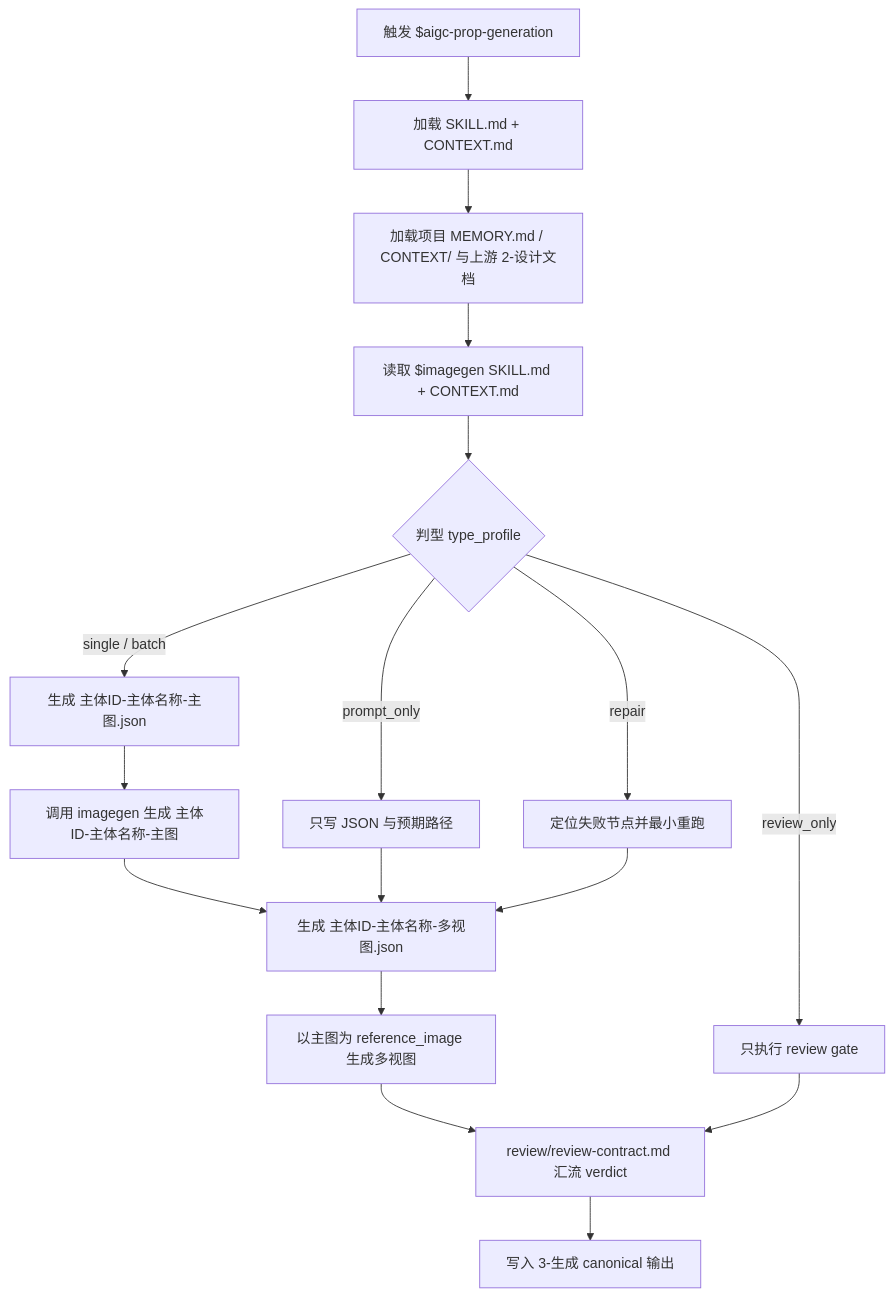
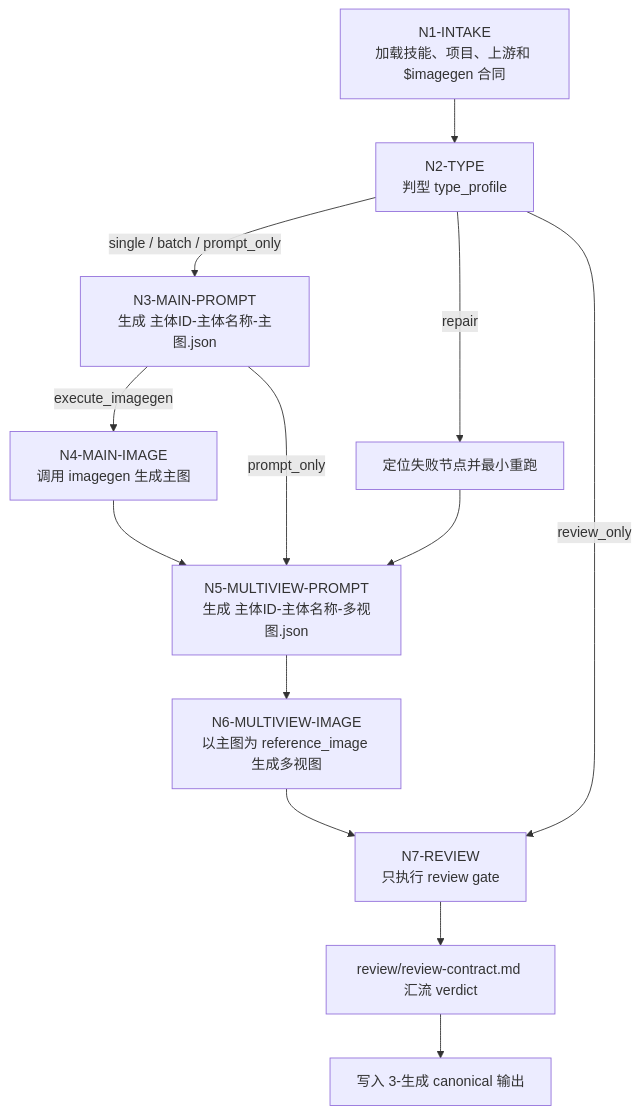
One commit to ZEN-VOID/AI-CUT changed the first of 2 diagrams in .agents/skills/aigc/5-设计/道具/3-生成/SKILL.md. Above: the diagram before and after it, drawn with Mermaid. The commit also changed other lines of this file and 41 other files, not shown here.

````diff
--- a/.agents/skills/aigc/5-设计/道具/3-生成/SKILL.md
+++ b/.agents/skills/aigc/5-设计/道具/3-生成/SKILL.md
@@ -85,19 +85,15 @@
 ```mermaid
 flowchart TD
-    A["触发 $aigc-prop-generation"] --> B["加载 SKILL.md + CONTEXT.md"]
-    B --> C["加载项目 MEMORY.md / CONTEXT/ 与上游 2-设计文档"]
-    C --> D["读取 $imagegen SKILL.md + CONTEXT.md"]
-    D --> E{"判型 type_profile"}
-    E -->|"single / batch"| F["生成 主体ID-主体名称-主图.json"]
-    E -->|"prompt_only"| G["只写 JSON 与预期路径"]
-    E -->|"repair"| H["定位失败节点并最小重跑"]
-    E -->|"review_only"| I["只执行 review gate"]
-    F --> J["调用 imagegen 生成 主体ID-主体名称-主图"]
-    J --> K["生成 主体ID-主体名称-多视图.json"]
-    G --> K
-    H --> K
-    K --> L["以主图为 reference_image 生成多视图"]
-    L --> M["review/review-contract.md 汇流 verdict"]
-    I --> M
+    N1["N1-INTAKE<br/>加载技能、项目、上游和 $imagegen 合同"] --> N2["N2-TYPE<br/>判型 type_profile"]
+    N2 -->|"single / batch / prompt_only"| N3["N3-MAIN-PROMPT<br/>生成 主体ID-主体名称-主图.json"]
+    N2 -->|"repair"| H["定位失败节点并最小重跑"]
+    N2 -->|"review_only"| N7["N7-REVIEW<br/>只执行 review gate"]
+    N3 -->|"execute_imagegen"| N4["N4-MAIN-IMAGE<br/>调用 imagegen 生成主图"]
+    N4 --> N5["N5-MULTIVIEW-PROMPT<br/>生成 主体ID-主体名称-多视图.json"]
+    H --> N5
+    N3 -->|"prompt_only"| N5
+    N5 --> N6["N6-MULTIVIEW-IMAGE<br/>以主图为 reference_image 生成多视图"]
+    N6 --> N7
+    N7 --> M["review/review-contract.md 汇流 verdict"]
     M --> N["写入 3-生成 canonical 输出"]
 ```
````
